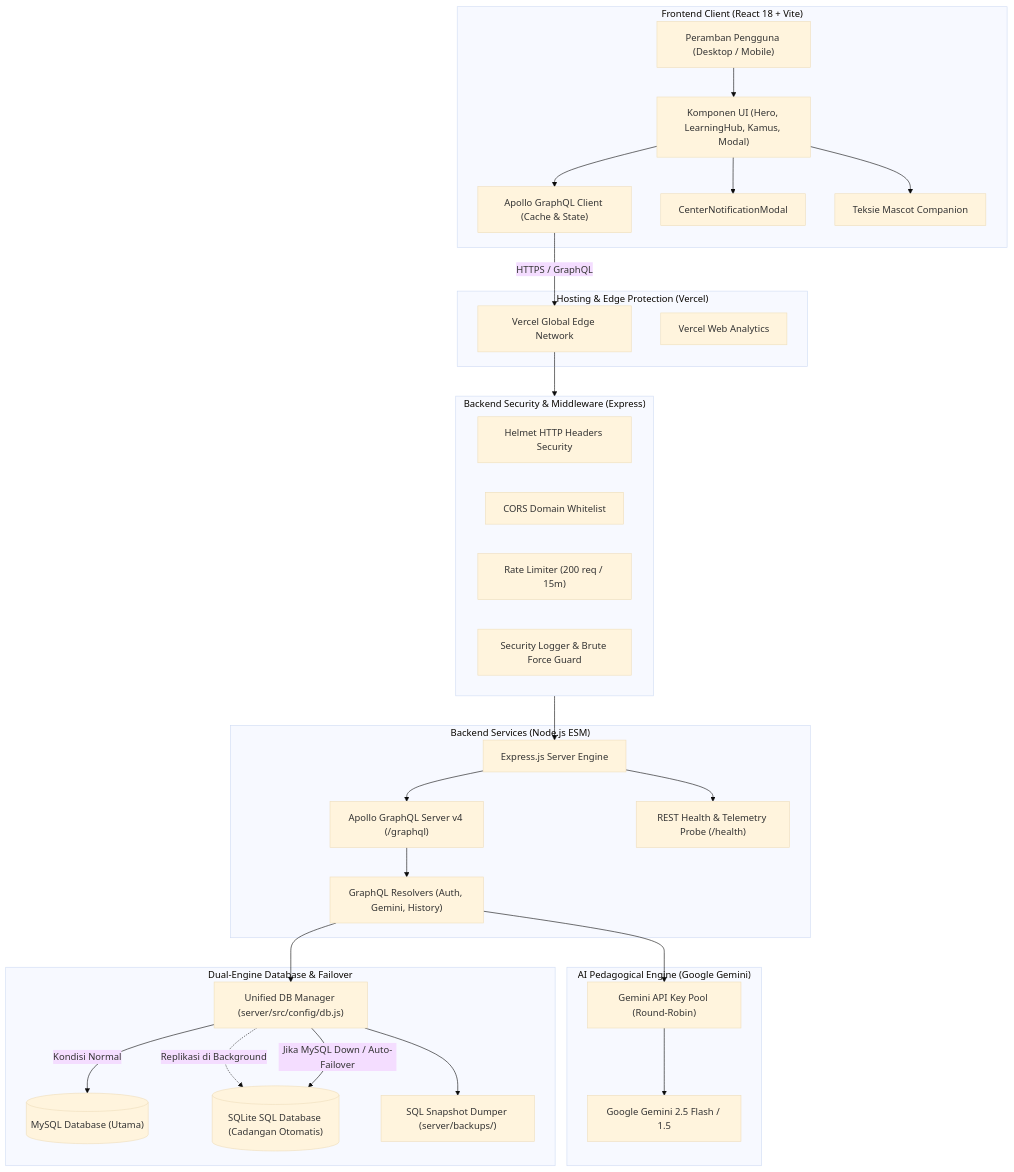
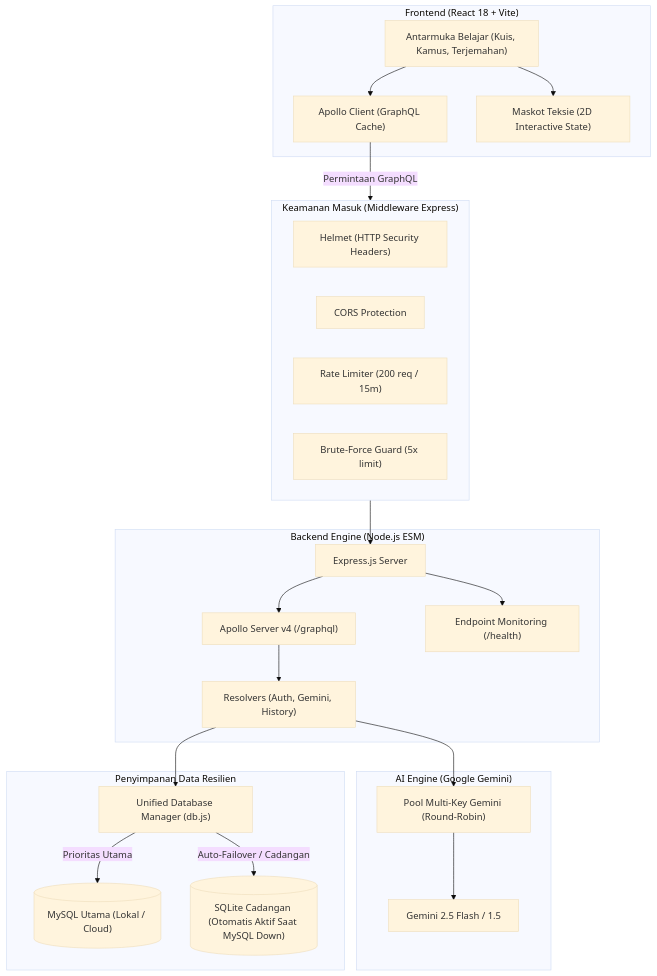
Before and after one commit to SlmAlhdr/pahamteks: the diagram in docs/ARCHITECTURE.md, drawn with Mermaid (base theme). The commit also changed other lines of this file and 25 other files, not shown here.

````diff
--- a/docs/ARCHITECTURE.md
+++ b/docs/ARCHITECTURE.md
@@ -9,63 +9,48 @@
 ```mermaid
 flowchart TD
-    subgraph ClientLayer ["Frontend Client (React 18 + Vite)"]
-        Browser["Peramban Pengguna (Desktop / Mobile)"]
-        ApolloClient["Apollo GraphQL Client (Cache & State)"]
-        UIComp["Komponen UI (Hero, LearningHub, Kamus, Modal)"]
-        CenterModal["CenterNotificationModal"]
-        TeksieMascot["Teksie Mascot Companion"]
-        
-        Browser --> UIComp
-        UIComp --> ApolloClient
-        UIComp --> CenterModal
-        UIComp --> TeksieMascot
+    subgraph Client ["Frontend (React 18 + Vite)"]
+        UI["Antarmuka Belajar (Kuis, Kamus, Terjemahan)"]
+        Apollo["Apollo Client (GraphQL Cache)"]
+        Mascot["Maskot Teksie (2D Interactive State)"]
+        UI --> Apollo
+        UI --> Mascot
     end
 
-    subgraph EdgeLayer ["Hosting & Edge Protection (Vercel)"]
-        VercelCDN["Vercel Global Edge Network"]
-        VercelAnalytics["Vercel Web Analytics"]
+    subgraph Security ["Keamanan Masuk (Middleware Express)"]
+        Helmet["Helmet (HTTP Security Headers)"]
+        CORS["CORS Protection"]
+        RateLimit["Rate Limiter (200 req / 15m)"]
+        BruteGuard["Brute-Force Guard (5x limit)"]
     end
 
-    subgraph SecurityLayer ["Backend Security & Middleware (Express)"]
-        HelmetMW["Helmet HTTP Headers Security"]
-        CORSMW["CORS Domain Whitelist"]
-        RateLimiter["Rate Limiter (200 req / 15m)"]
-        SecLogger["Security Logger & Brute Force Guard"]
+    subgraph Backend ["Backend Engine (Node.js ESM)"]
+        Express["Express.js Server"]
+        GraphQL["Apollo Server v4 (/graphql)"]
+        HealthEndpoint["Endpoint Monitoring (/health)"]
+        Resolvers["Resolvers (Auth, Gemini, History)"]
+        
+        Express --> GraphQL
+        Express --> HealthEndpoint
+        GraphQL --> Resolvers
     end
 
-    subgraph BackendLayer ["Backend Services (Node.js ESM)"]
-        ExpressApp["Express.js Server Engine"]
-        ApolloServer["Apollo GraphQL Server v4 (/graphql)"]
-        HealthProbe["REST Health & Telemetry Probe (/health)"]
-        
-        Resolvers["GraphQL Resolvers (Auth, Gemini, History)"]
+    subgraph AI ["AI Engine (Google Gemini)"]
+        KeyPool["Pool Multi-Key Gemini (Round-Robin)"]
+        GeminiAPI["Gemini 2.5 Flash / 1.5"]
+        KeyPool --> GeminiAPI
     end
 
-    subgraph AIEngine ["AI Pedagogical Engine (Google Gemini)"]
-        KeyPool["Gemini API Key Pool (Round-Robin)"]
-        GeminiAPI["Google Gemini 2.5 Flash / 1.5"]
+    subgraph DataLayer ["Penyimpanan Data Resilien"]
+        DBManager["Unified Database Manager (db.js)"]
+        MySQL[("MySQL Utama (Lokal / Cloud)")]
+        SQLite[("SQLite Cadangan (Otomatis Aktif Saat MySQL Down)")]
+        
+        DBManager -->|Prioritas Utama| MySQL
+        DBManager -->|Auto-Failover / Cadangan| SQLite
     end
 
-    subgraph DatabaseLayer ["Dual-Engine Database & Failover"]
-        UnifiedDB["Unified DB Manager (server/src/config/db.js)"]
-        PrimaryMySQL[("MySQL Database (Utama)")]
-        BackupSQLite[("SQLite SQL Database (Cadangan Otomatis)")]
-        BackupDump["SQL Snapshot Dumper (server/backups/)"]
-    end
-
-    ApolloClient -->|HTTPS / GraphQL| VercelCDN
-    VercelCDN --> SecurityLayer
-    
-    SecurityLayer --> ExpressApp
-    ExpressApp --> ApolloServer
-    ExpressApp --> HealthProbe
-    
-    ApolloServer --> Resolvers
-    Resolvers --> KeyPool --> GeminiAPI
-    Resolvers --> UnifiedDB
-    
-    UnifiedDB -->|Kondisi Normal| PrimaryMySQL
-    UnifiedDB -.->|Replikasi di Background| BackupSQLite
-    UnifiedDB -->|Jika MySQL Down / Auto-Failover| BackupSQLite
-    UnifiedDB --> BackupDump
+    Apollo -->|Permintaan GraphQL| Security
+    Security --> Express
+    Resolvers --> KeyPool
+    Resolvers --> DBManager
 ```
````
